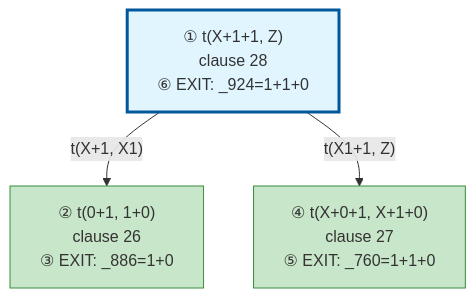
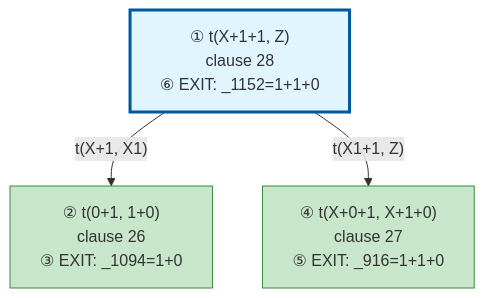
The diagram in examples/3_3_operators-output.md (jarecsni/prolog-trace-viz), drawn with Mermaid before and after one commit. The commit also changed other lines of this file and 8 other files, not shown here.

Commit message:
✨ add variable flow tracking to show how variables bind across execution steps

````diff
--- a/examples/3_3_operators-output.md
+++ b/examples/3_3_operators-output.md
@@ -82,17 +83,17 @@
 ```mermaid
 graph TD
 
 %% Nodes
-A["① t(X+1+1, Z)<br/>clause 28<br/>⑥ EXIT: _924=1+1+0"]
-B["② t(0+1, 1+0)<br/>clause 26<br/>③ EXIT: _886=1+0"]
-C["④ t(X+0+1, X+1+0)<br/>clause 27<br/>⑤ EXIT: _760=1+1+0"]
+A["① t(X+1+1, Z)<br/>clause 28<br/>⑥ EXIT: _1152=1+1+0"]
+B["② t(0+1, 1+0)<br/>clause 26<br/>③ EXIT: _1094=1+0"]
+C["④ t(X+0+1, X+1+0)<br/>clause 27<br/>⑤ EXIT: _916=1+1+0"]
 
 %% Edges
 A -->|"t(X+1, X1)"| B
 A -->|"t(X1+1, Z)"| C
 
 %% Styles
 style A fill:#e1f5ff,stroke:#01579b,stroke-width:3px
 style B fill:#c8e6c9,stroke:#388e3c
 style C fill:#c8e6c9,stroke:#388e3c
 ```
````
